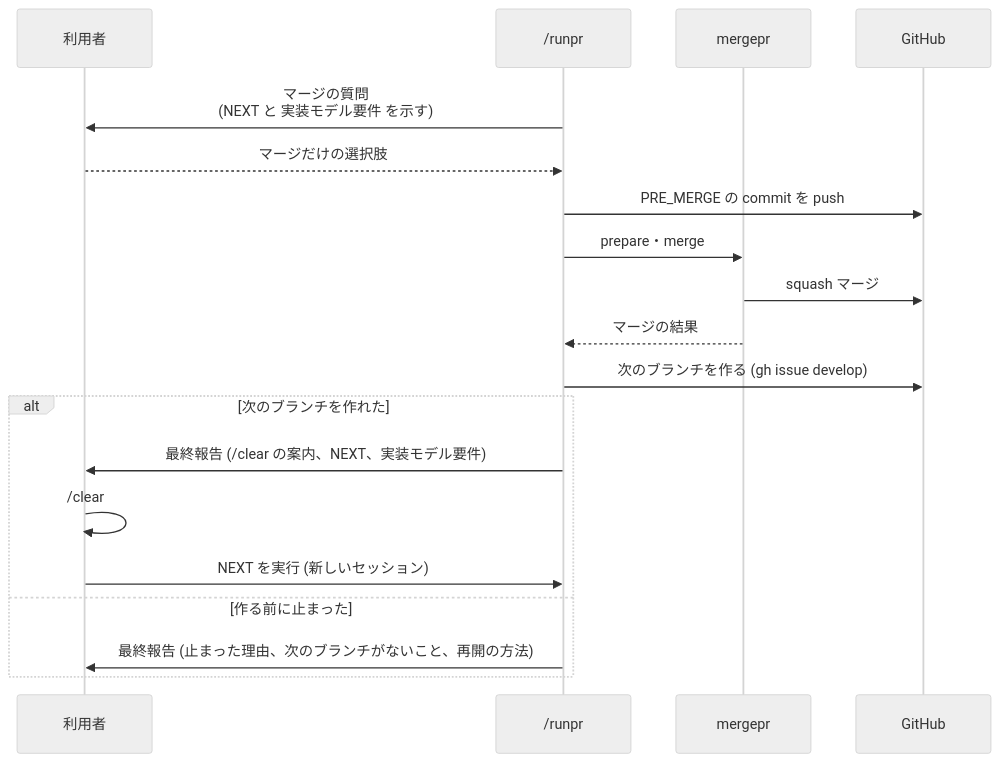
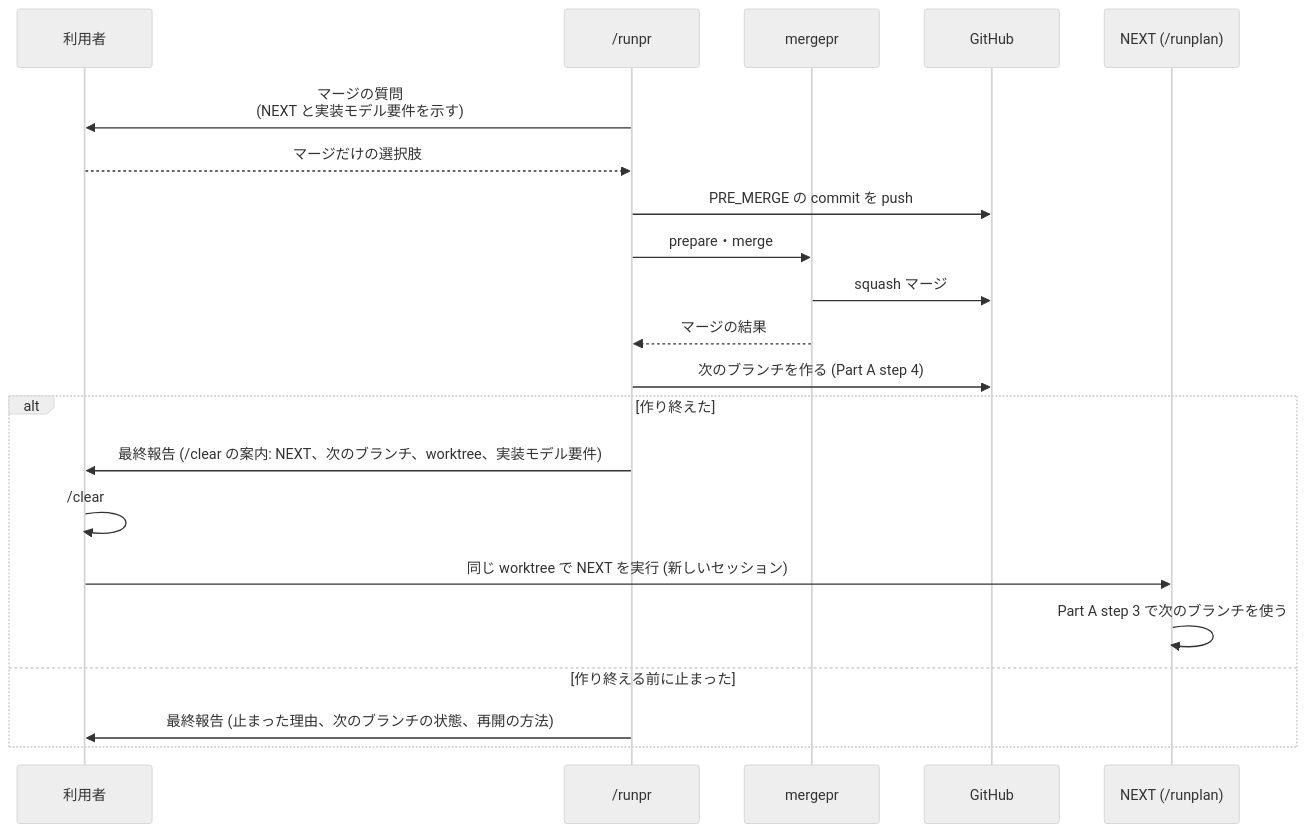
The seventh of 7 diagrams in docs/tasks/0037_runpr_merge_recommendation/02_architecture.md (isseis/yt2column), drawn with Mermaid (neutral theme) before and after one commit. The commit also changed other lines of this file, not shown here.

First line of the commit message:
docs(0037): address the architecture review and improve Japanese prose

````diff
--- a/docs/tasks/0037_runpr_merge_recommendation/02_architecture.md
+++ b/docs/tasks/0037_runpr_merge_recommendation/02_architecture.md
@@ -344,22 +370,24 @@
 ```mermaid
 sequenceDiagram
     participant U as 利用者
     participant R as /runpr
     participant M as mergepr
     participant G as GitHub
+    participant N as NEXT (/runplan)
 
-    R->>U: マージの質問<br>(NEXT と 実装モデル要件 を示す)
+    R->>U: マージの質問<br>(NEXT と実装モデル要件を示す)
     U-->>R: マージだけの選択肢
     R->>G: PRE_MERGE の commit を push
     R->>M: prepare・merge
     M->>G: squash マージ
     M-->>R: マージの結果
-    R->>G: 次のブランチを作る (gh issue develop)
-    alt 次のブランチを作れた
-        R->>U: 最終報告 (/clear の案内、NEXT、実装モデル要件)
+    R->>G: 次のブランチを作る (Part A step 4)
+    alt 作り終えた
+        R->>U: 最終報告 (/clear の案内: NEXT、次のブランチ、worktree、実装モデル要件)
         U->>U: /clear
-        U->>R: NEXT を実行 (新しいセッション)
-    else 作る前に止まった
-        R->>U: 最終報告 (止まった理由、次のブランチがないこと、再開の方法)
+        U->>N: 同じ worktree で NEXT を実行 (新しいセッション)
+        N->>N: Part A step 3 で次のブランチを使う
+    else 作り終える前に止まった
+        R->>U: 最終報告 (止まった理由、次のブランチの状態、再開の方法)
     end
 ```
````
